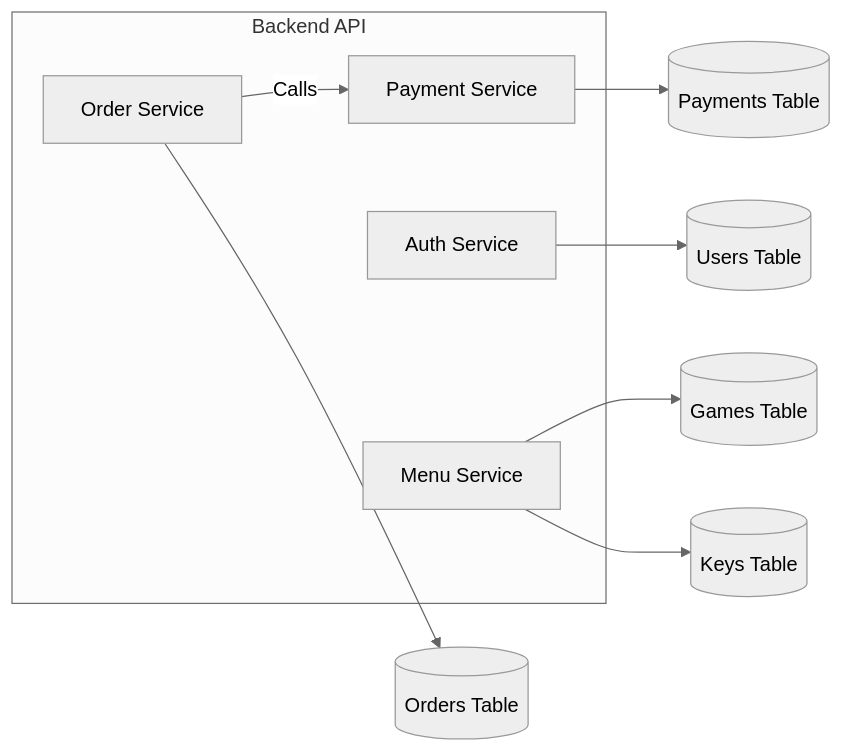
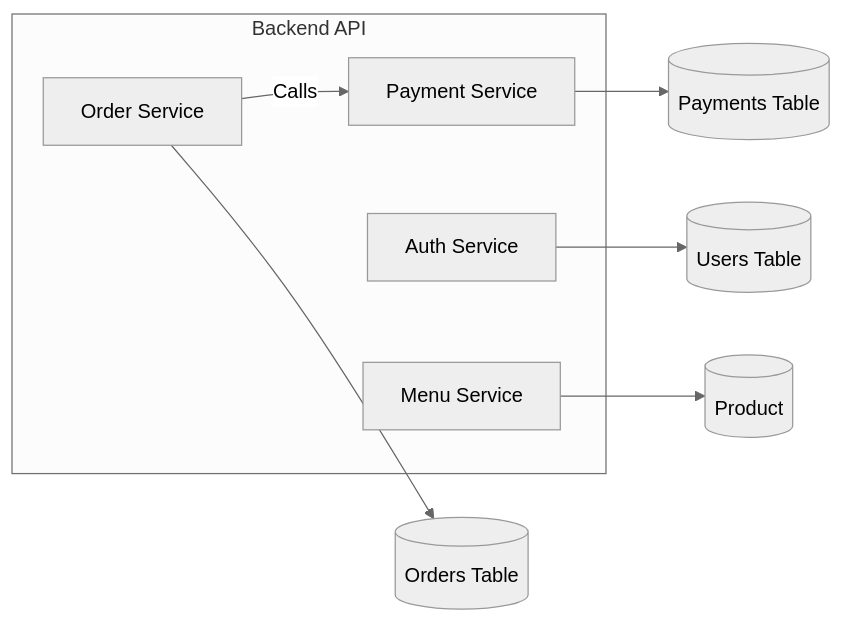
The third of 3 diagrams in Technical Documentation(Stage 3).md (ylabate/Portfolio-Project), drawn with Mermaid (neutral theme) before and after one commit. The commit also changed other lines of this file, not shown here.

````diff
--- a/Technical Documentation(Stage 3).md
+++ b/Technical Documentation(Stage 3).md
@@ -208,17 +214,16 @@
 ```mermaid
 graph LR
     subgraph API["Backend API"]
         AuthService["Auth Service"]
         MenuService["Menu Service"]
         OrderService["Order Service"]
         PaymentService["Payment Service"]
 
         OrderService -->|Calls| PaymentService
     end
 
     AuthService --> UserDB[("Users Table")]
-    MenuService --> GamesDB[("Games Table")]
-    MenuService --> KeyDB[("Keys Table")]
+    MenuService --> GamesDB[("Product")]
     OrderService --> OrderDB[("Orders Table")]
     PaymentService --> PaymentDB[("Payments Table")]
 ```
````
